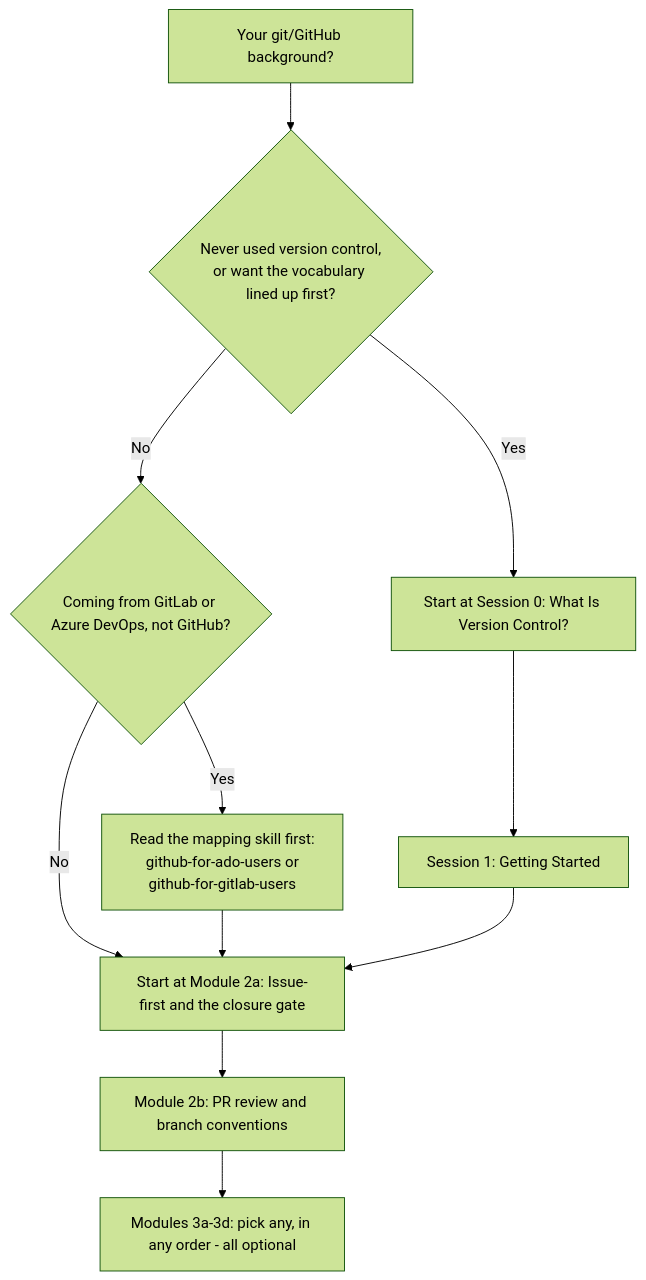
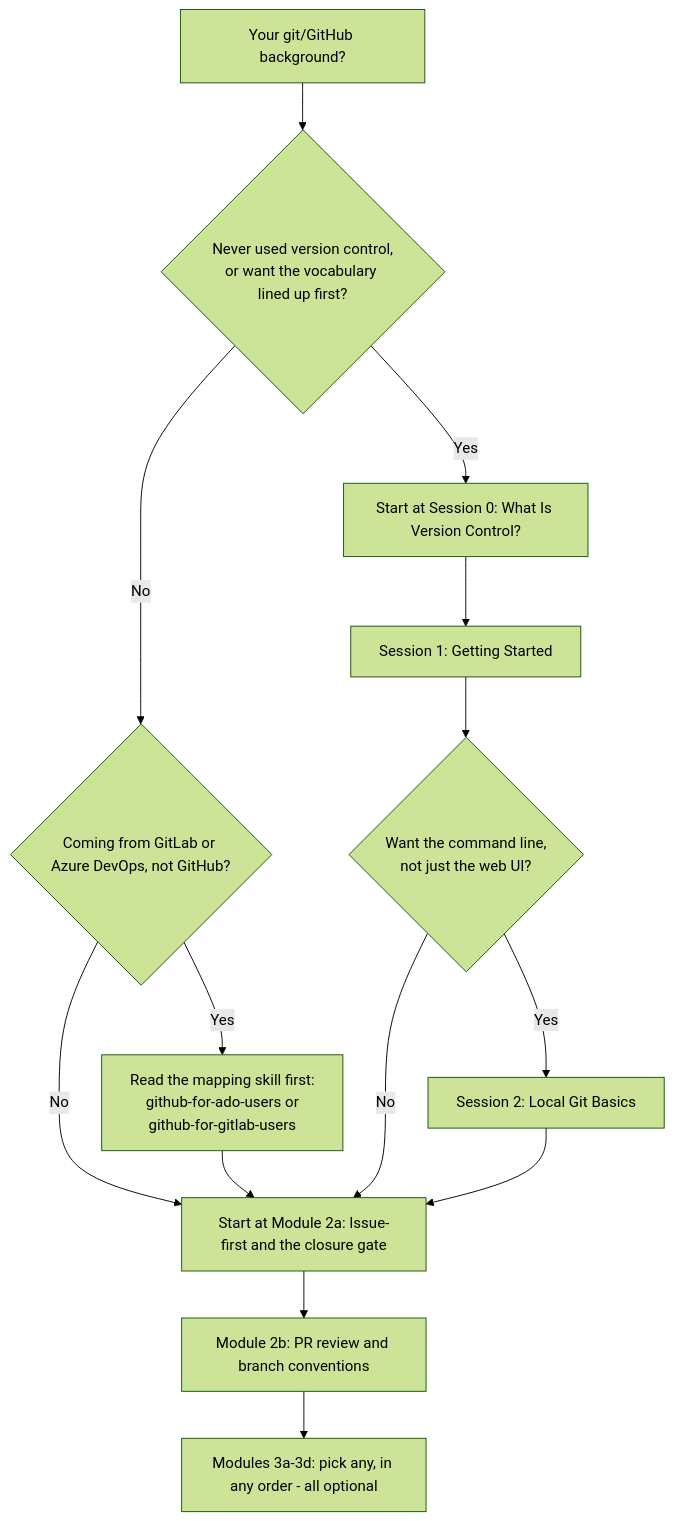
Before and after one commit to JeanKadang/DOC-GitHub-Practice-Skills: the first of 2 diagrams in education/README.md, drawn with Mermaid (forest theme). The commit also changed other lines of this file and 3 other files, not shown here.

First line of the commit message:
docs: add Session 2 hands-on local git basics module

````diff
--- a/education/README.md
+++ b/education/README.md
@@ -17,13 +17,16 @@
 ```mermaid
 flowchart TD
     Start[Your git/GitHub background?] --> Q1{Never used version control,<br/>or want the vocabulary lined up first?}
     Q1 -- Yes --> S0[Start at Session 0: What Is Version Control?]
     Q1 -- No --> Q2{Coming from GitLab or Azure DevOps, not GitHub?}
     Q2 -- Yes --> Pre[Read the mapping skill first:<br/>github-for-ado-users or<br/>github-for-gitlab-users]
     Q2 -- No --> M2a[Start at Module 2a: Issue-first and the closure gate]
     Pre --> M2a
     S0 --> S1[Session 1: Getting Started]
-    S1 --> M2a
+    S1 --> Q3{Want the command line,<br/>not just the web UI?}
+    Q3 -- Yes --> S2[Session 2: Local Git Basics]
+    Q3 -- No --> M2a
+    S2 --> M2a
     M2a --> M2b[Module 2b: PR review and branch conventions]
     M2b --> M3[Modules 3a-3d: pick any, in any order - all optional]
 ```
````
